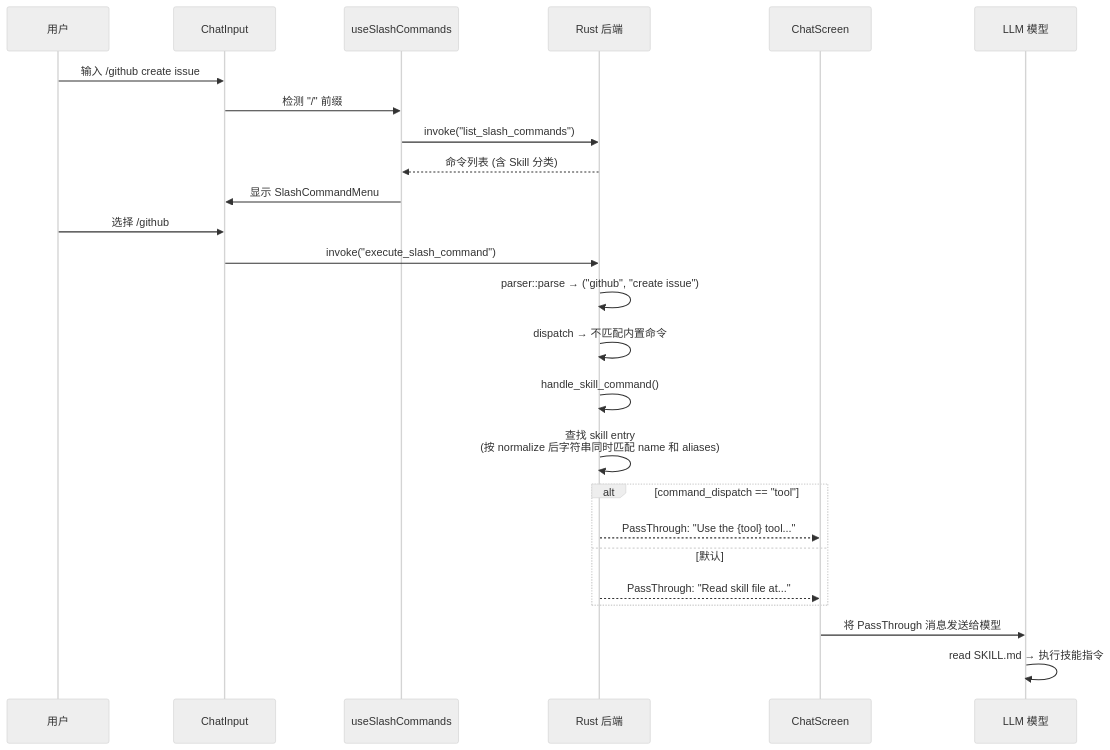
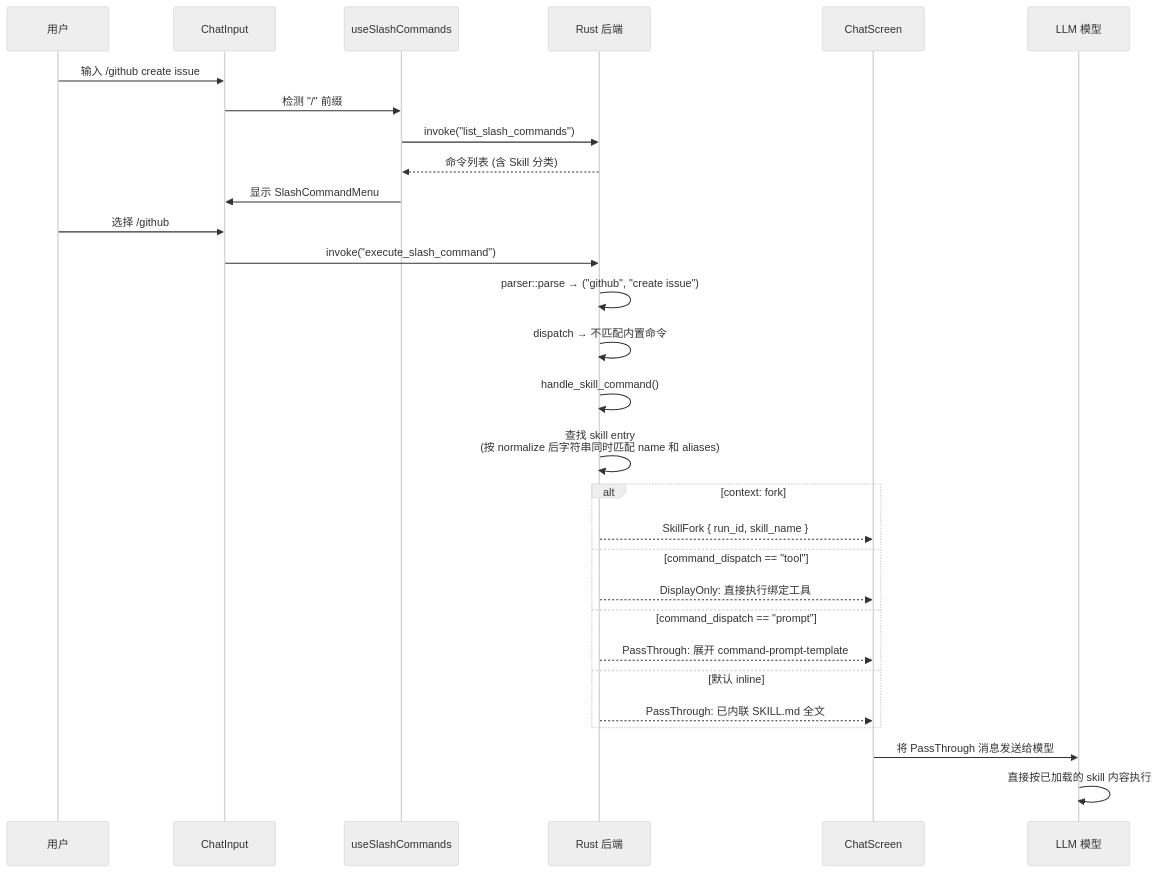
Before and after one commit to shiwenwen/hope-agent: diagram 13 of 18 in docs/architecture/skill-system.md, drawn with Mermaid (neutral theme). The commit also changed other lines of this file and 25 other files, not shown here.

````diff
--- a/docs/architecture/skill-system.md
+++ b/docs/architecture/skill-system.md
@@ -1047,31 +1092,35 @@
 ```mermaid
 sequenceDiagram
     participant U as 用户
     participant CI as ChatInput
     participant HOOK as useSlashCommands
     participant BE as Rust 后端
     participant CS as ChatScreen
     participant LLM as LLM 模型
 
     U->>CI: 输入 /github create issue
     CI->>HOOK: 检测 "/" 前缀
     HOOK->>BE: invoke("list_slash_commands")
     BE-->>HOOK: 命令列表 (含 Skill 分类)
     HOOK->>CI: 显示 SlashCommandMenu
     U->>CI: 选择 /github
     CI->>BE: invoke("execute_slash_command")
 
     BE->>BE: parser::parse → ("github", "create issue")
     BE->>BE: dispatch → 不匹配内置命令
     BE->>BE: handle_skill_command()
     BE->>BE: 查找 skill entry<br/>(按 normalize 后字符串同时匹配 name 和 aliases)
 
-    alt command_dispatch == "tool"
-        BE-->>CS: PassThrough: "Use the {tool} tool..."
-    else 默认
-        BE-->>CS: PassThrough: "Read skill file at..."
+    alt context: fork
+        BE-->>CS: SkillFork { run_id, skill_name }
+    else command_dispatch == "tool"
+        BE-->>CS: DisplayOnly: 直接执行绑定工具
+    else command_dispatch == "prompt"
+        BE-->>CS: PassThrough: 展开 command-prompt-template
+    else 默认 inline
+        BE-->>CS: PassThrough: 已内联 SKILL.md 全文
     end
 
     CS->>LLM: 将 PassThrough 消息发送给模型
-    LLM->>LLM: read SKILL.md → 执行技能指令
+    LLM->>LLM: 直接按已加载的 skill 内容执行
 ```
````
